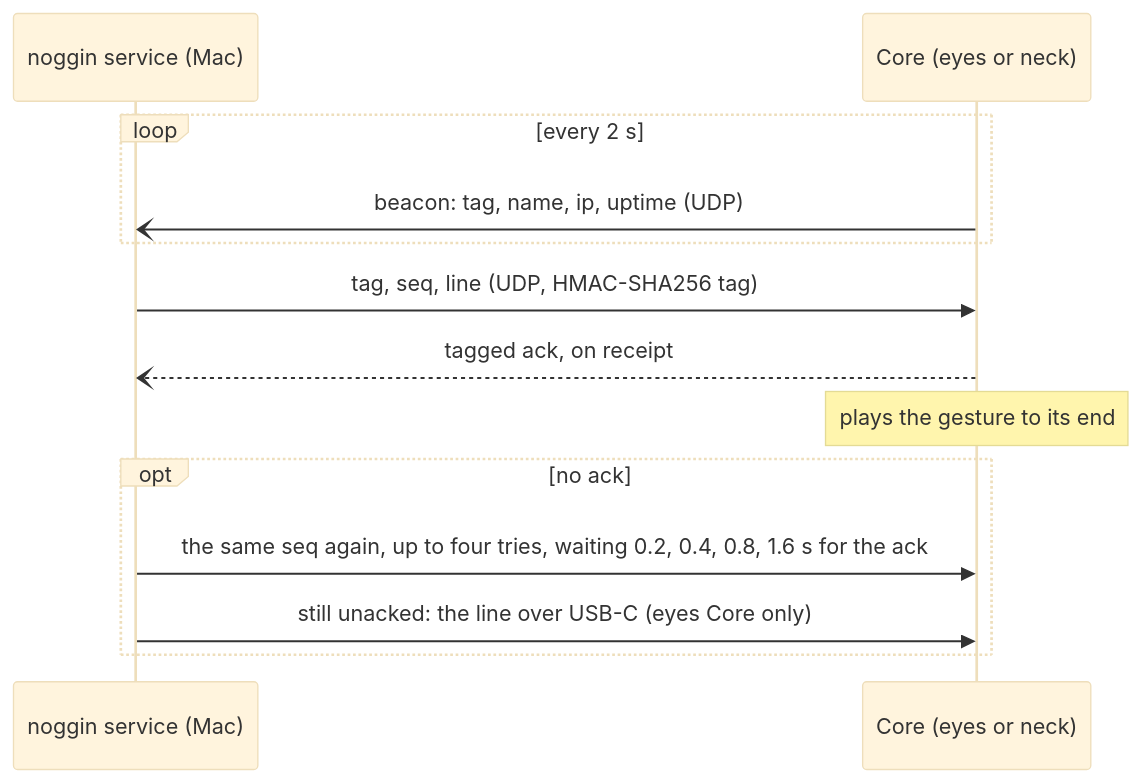
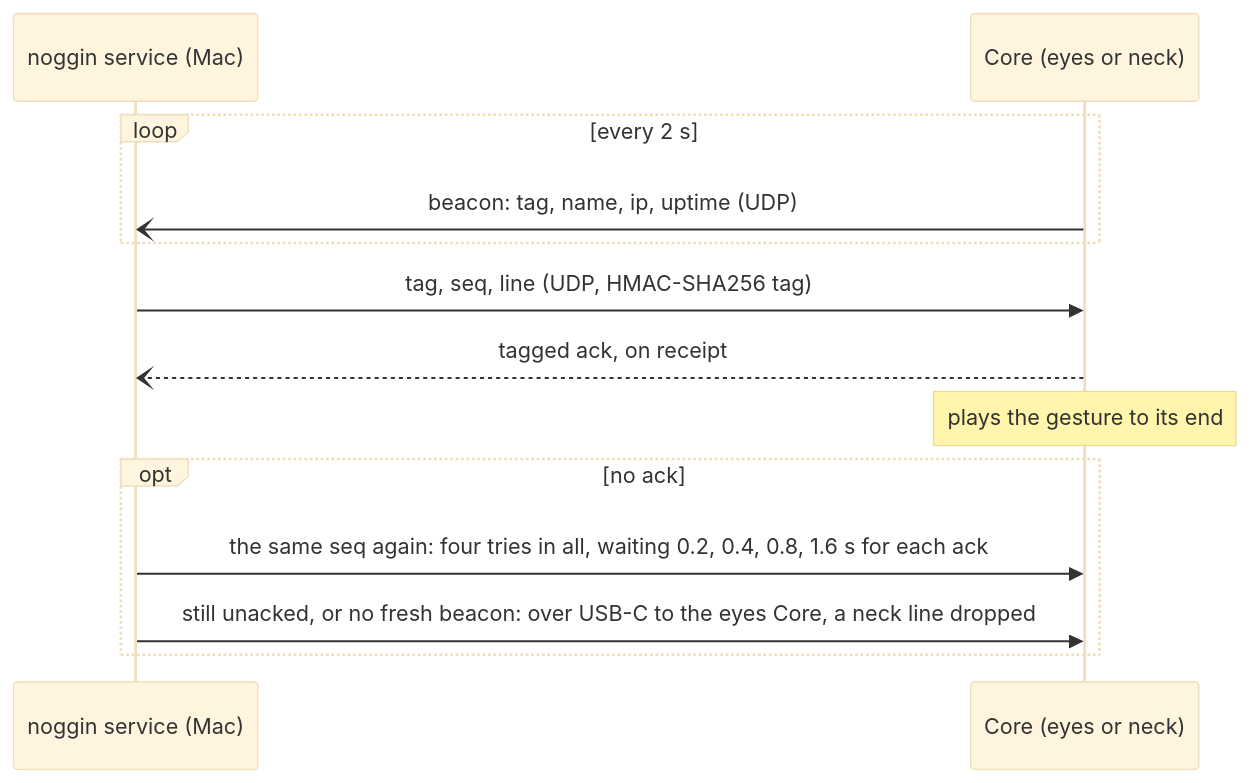
Before and after one commit to yellow-pine/noggin: the first of 3 diagrams in docs/how-it-works.md, drawn with Mermaid (base theme). The commit also changed other lines of this file and 1 other file, not shown here.

Commit message:
Diagrams: review fixes, four tries in all, the stale turn and the no-beacon path as the code has them (#256)
Claude-Session: https://claude.ai/code/session_013BtoicXAqi2GN3F6S5zU9D

````diff
--- a/docs/how-it-works.md
+++ b/docs/how-it-works.md
@@ -9,17 +9,17 @@
 ```mermaid
 sequenceDiagram
     accTitle: The Link between the noggin service and one Core
-    accDescr: The Core beacons every 2 s so the noggin service learns its address. Each command line goes as one signed UDP datagram; the Core acks it on receipt, before it plays it. Unacked, the line is tried again with the same seq, up to four tries waiting 0.2, 0.4, 0.8 and 1.6 s for the ack; still unacked, it goes over USB-C, to the eyes Core only.
+    accDescr: The Core beacons every 2 s so the noggin service learns its address. Each command line goes as one signed UDP datagram; the Core acks it on receipt, before it plays it. A line gets four tries in all with the same seq, waiting 0.2, 0.4, 0.8, 1.6 s for each ack; still unacked, or with no fresh beacon, it goes over USB-C to the eyes Core, and a neck line is dropped.
     participant S as noggin service (Mac)
     participant C as Core (eyes or neck)
     loop every 2 s
         C-)S: beacon: tag, name, ip, uptime (UDP)
     end
     S->>C: tag, seq, line (UDP, HMAC-SHA256 tag)
     C--)S: tagged ack, on receipt
     Note over C: plays the gesture to its end
     opt no ack
-        S->>C: the same seq again, up to four tries, waiting 0.2, 0.4, 0.8, 1.6 s for the ack
-        S->>C: still unacked: the line over USB-C (eyes Core only)
+        S->>C: the same seq again: four tries in all, waiting 0.2, 0.4, 0.8, 1.6 s for each ack
+        S->>C: still unacked, or no fresh beacon: over USB-C to the eyes Core, a neck line dropped
     end
 ```
````
